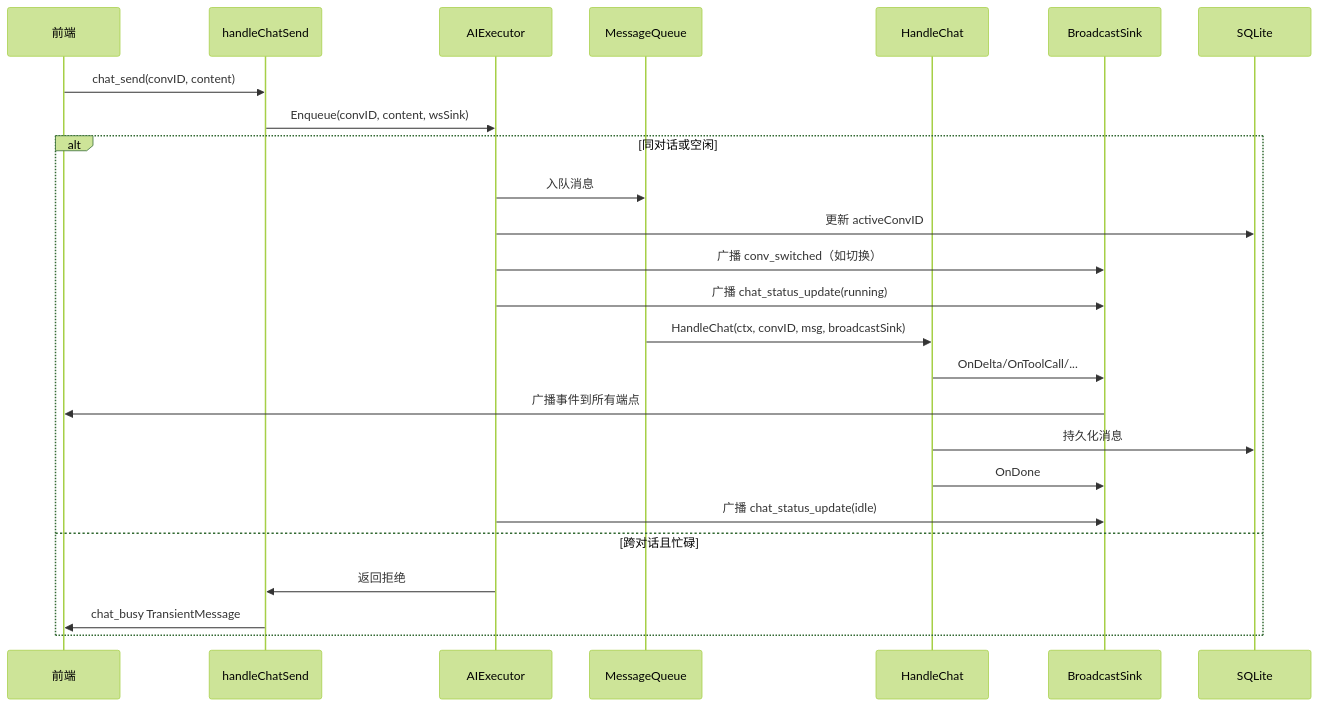
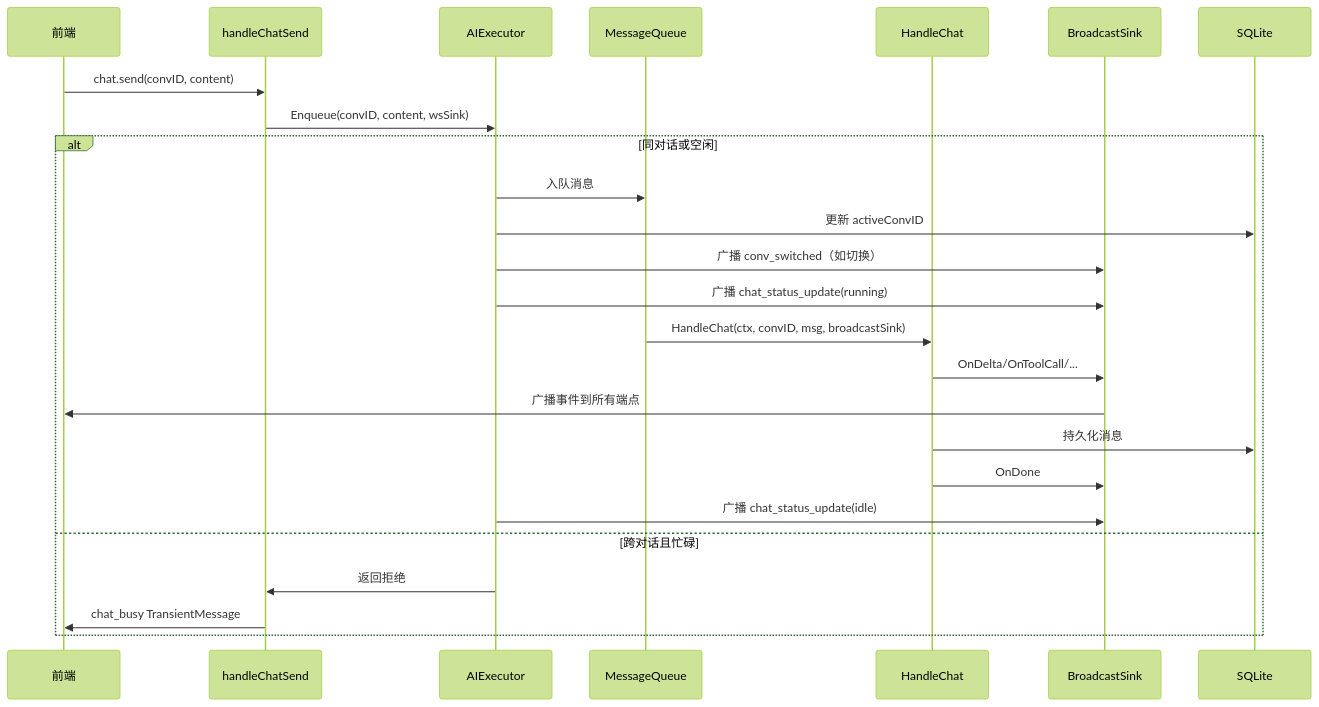
Before and after one commit to wuhen8/webos: the second of 2 diagrams in .kiro/specs/ai-background-executor/design.md, drawn with Mermaid (forest theme). The commit also changed 21 other files, not shown here.

````diff
--- a/.kiro/specs/ai-background-executor/design.md
+++ b/.kiro/specs/ai-background-executor/design.md
@@ -67,29 +67,29 @@
 ```mermaid
 sequenceDiagram
     participant FE as 前端
     participant WS as handleChatSend
     participant EX as AIExecutor
     participant MQ as MessageQueue
     participant SVC as HandleChat
     participant BS as BroadcastSink
     participant DB as SQLite
 
-    FE->>WS: chat_send(convID, content)
+    FE->>WS: chat.send(convID, content)
     WS->>EX: Enqueue(convID, content, wsSink)
 
     alt 同对话或空闲
         EX->>MQ: 入队消息
         EX->>DB: 更新 activeConvID
         EX->>BS: 广播 conv_switched（如切换）
         EX->>BS: 广播 chat_status_update(running)
         MQ->>SVC: HandleChat(ctx, convID, msg, broadcastSink)
         SVC->>BS: OnDelta/OnToolCall/...
         BS->>FE: 广播事件到所有端点
         SVC->>DB: 持久化消息
         SVC->>BS: OnDone
         EX->>BS: 广播 chat_status_update(idle)
     else 跨对话且忙碌
         EX->>WS: 返回拒绝
         WS->>FE: chat_busy TransientMessage
     end
 ```
````
